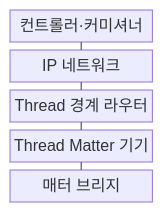
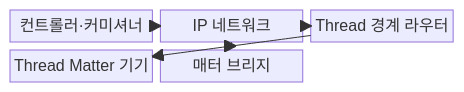
Before and after one commit to agnusdei1207/knowledge-base: the first of 2 diagrams in src/content/docs/notes/04-network/054_zigbee_thread_matter.md, drawn with Mermaid. The commit also changed other lines of this file and 20 other files, not shown here.

````diff
--- a/src/content/docs/notes/04-network/054_zigbee_thread_matter.md
+++ b/src/content/docs/notes/04-network/054_zigbee_thread_matter.md
@@ -57,13 +58,13 @@
 ```mermaid
 block-beta
-    columns 1
+    columns 3
     A["컨트롤러·커미셔너"]
     B["IP 네트워크"]
     C["Thread 경계 라우터"]
     D["Thread Matter 기기"]
     E["매터 브리지"]
-    A --- B
-    B --- C
-    C --- D
-    D --- E
+    A --> B
+    B --> C
+    C --> D
+    B --> E
 ```
````
